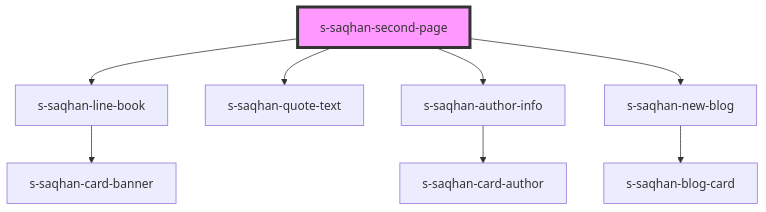
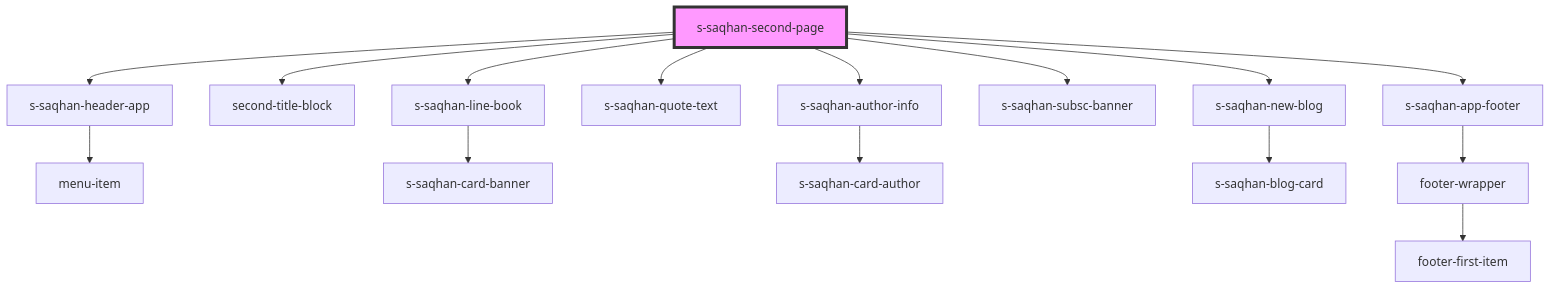
One commit to saqhan/stencil changed the diagram in src/components/s-saqhan-second-page/readme.md. Above: the diagram before and after it, drawn with Mermaid. The commit also changed other lines of this file and 26 other files, not shown here.

Commit message:
add second page

````diff
--- a/src/components/s-saqhan-second-page/readme.md
+++ b/src/components/s-saqhan-second-page/readme.md
@@ -18,11 +22,18 @@
 ```mermaid
 graph TD;
+  s-saqhan-second-page --> s-saqhan-header-app
+  s-saqhan-second-page --> second-title-block
   s-saqhan-second-page --> s-saqhan-line-book
   s-saqhan-second-page --> s-saqhan-quote-text
   s-saqhan-second-page --> s-saqhan-author-info
+  s-saqhan-second-page --> s-saqhan-subsc-banner
   s-saqhan-second-page --> s-saqhan-new-blog
+  s-saqhan-second-page --> s-saqhan-app-footer
+  s-saqhan-header-app --> menu-item
   s-saqhan-line-book --> s-saqhan-card-banner
   s-saqhan-author-info --> s-saqhan-card-author
   s-saqhan-new-blog --> s-saqhan-blog-card
+  s-saqhan-app-footer --> footer-wrapper
+  footer-wrapper --> footer-first-item
   style s-saqhan-second-page fill:#f9f,stroke:#333,stroke-width:4px
 ```
````
